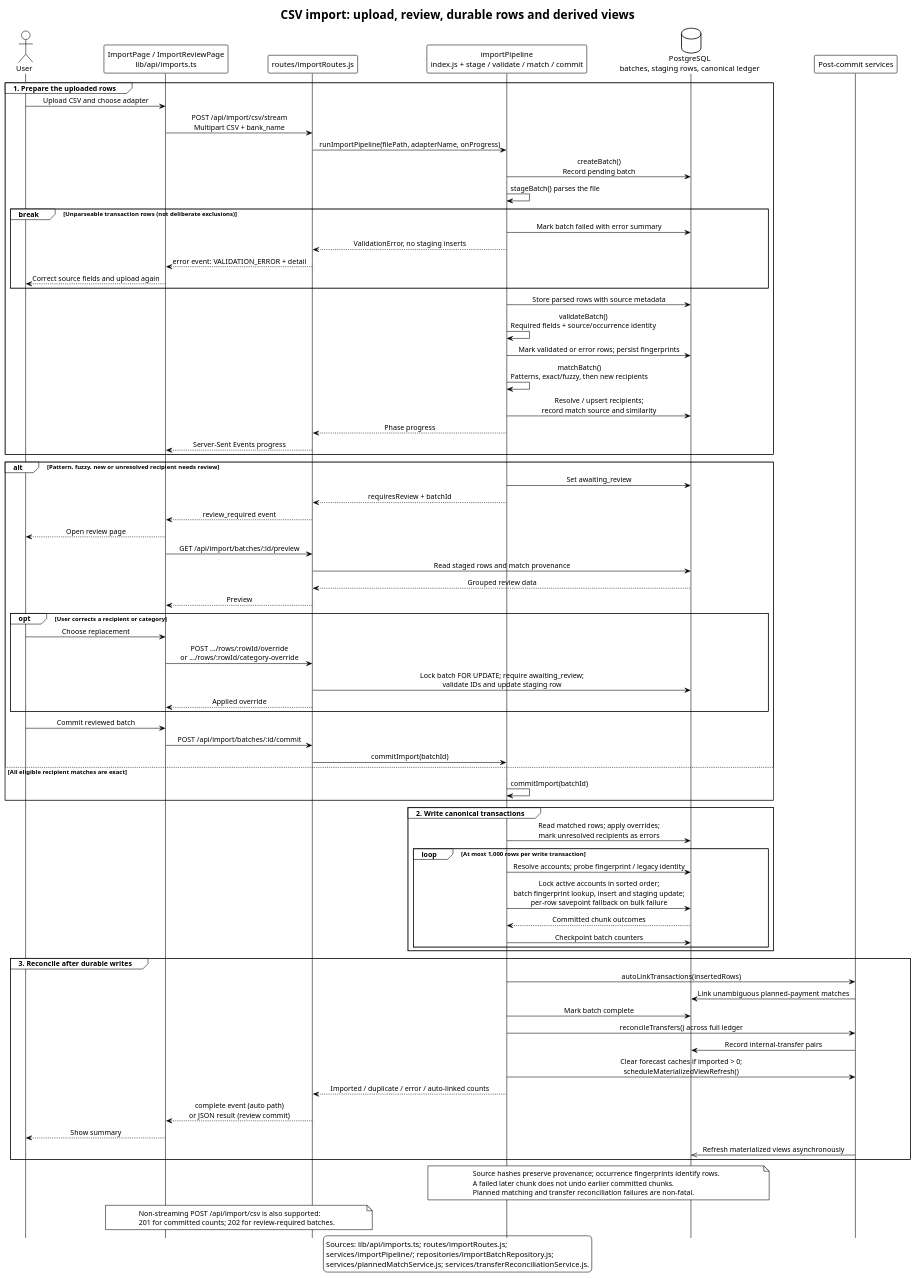
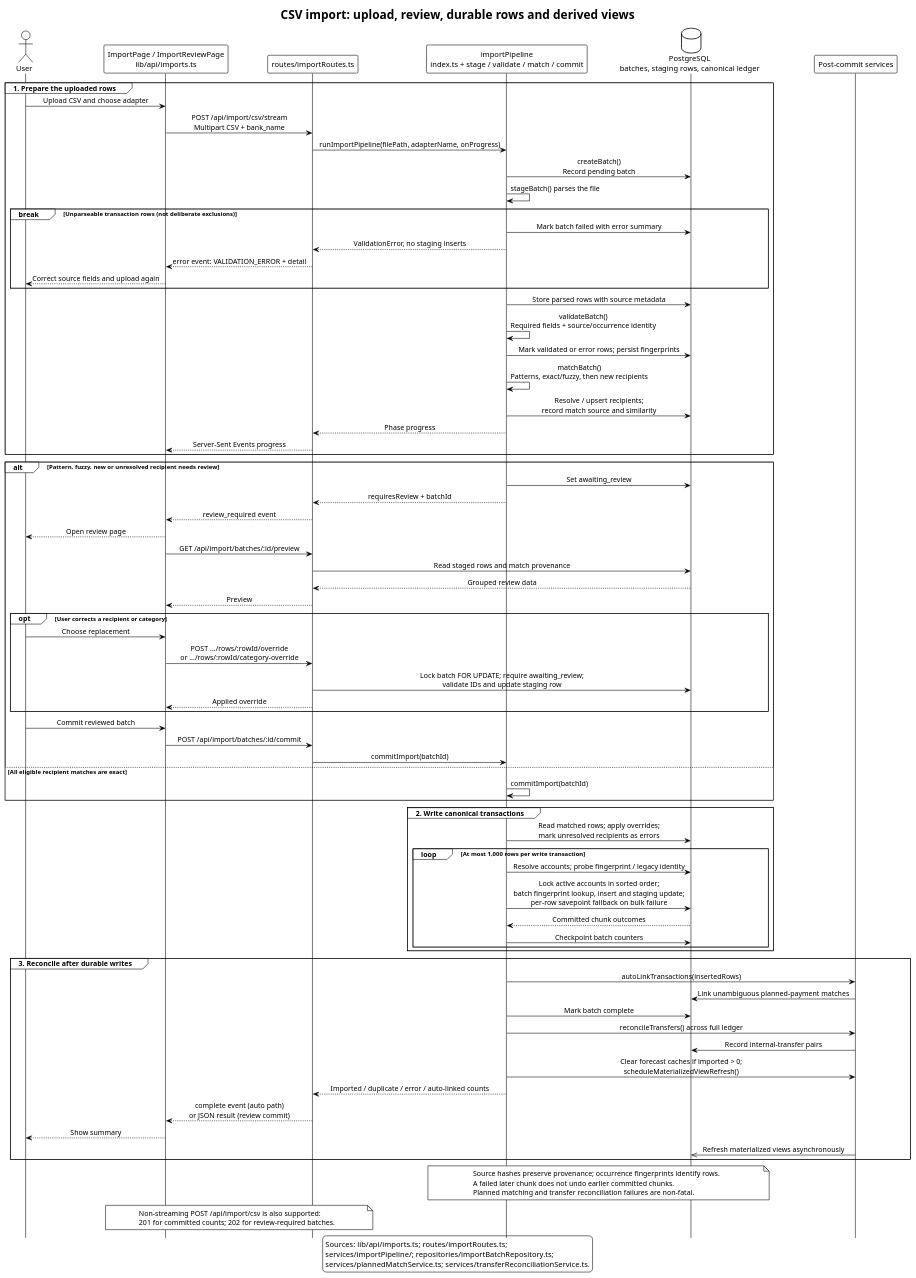
The diagram in docs/diagrams/import-sequence.puml (EraPartner/Vision), drawn with PlantUML before and after one commit. The commit also changed 105 other files, not shown here.

```diff
--- a/docs/diagrams/import-sequence.puml
+++ b/docs/diagrams/import-sequence.puml
@@ -1,99 +1,99 @@
 @startuml import-sequence
 title CSV import: upload, review, durable rows and derived views
 
 !theme plain
 hide footbox
 skinparam participantPadding 15
 skinparam sequenceMessageAlign center
 
 actor User
 participant "ImportPage / ImportReviewPage\nlib/api/imports.ts" as Frontend
-participant "routes/importRoutes.js" as Route
-participant "importPipeline\nindex.js + stage / validate / match / commit" as Pipeline
+participant "routes/importRoutes.ts" as Route
+participant "importPipeline\nindex.ts + stage / validate / match / commit" as Pipeline
 database "PostgreSQL\nbatches, staging rows, canonical ledger" as DB
 participant "Post-commit services" as Derived
 
 group 1. Prepare the uploaded rows
   User -> Frontend : Upload CSV and choose adapter
   Frontend -> Route : POST /api/import/csv/stream\nMultipart CSV + bank_name
   Route -> Pipeline : runImportPipeline(filePath, adapterName, onProgress)
   Pipeline -> DB : createBatch()\nRecord pending batch
   Pipeline -> Pipeline : stageBatch() parses the file
   break Unparseable transaction rows (not deliberate exclusions)
     Pipeline -> DB : Mark batch failed with error summary
     Pipeline --> Route : ValidationError, no staging inserts
     Route --> Frontend : error event: VALIDATION_ERROR + detail
     Frontend --> User : Correct source fields and upload again
   end
   Pipeline -> DB : Store parsed rows with source metadata
   Pipeline -> Pipeline : validateBatch()\nRequired fields + source/occurrence identity
   Pipeline -> DB : Mark validated or error rows; persist fingerprints
   Pipeline -> Pipeline : matchBatch()\nPatterns, exact/fuzzy, then new recipients
   Pipeline -> DB : Resolve / upsert recipients;\nrecord match source and similarity
   Pipeline --> Route : Phase progress
   Route --> Frontend : Server-Sent Events progress
 end
 
 alt Pattern, fuzzy, new or unresolved recipient needs review
   Pipeline -> DB : Set awaiting_review
   Pipeline --> Route : requiresReview + batchId
   Route --> Frontend : review_required event
   Frontend --> User : Open review page
   Frontend -> Route : GET /api/import/batches/:id/preview
   Route -> DB : Read staged rows and match provenance
   DB --> Route : Grouped review data
   Route --> Frontend : Preview
   opt User corrects a recipient or category
     User -> Frontend : Choose replacement
     Frontend -> Route : POST .../rows/:rowId/override\nor .../rows/:rowId/category-override
     Route -> DB : Lock batch FOR UPDATE; require awaiting_review;\nvalidate IDs and update staging row
     Route --> Frontend : Applied override
   end
   User -> Frontend : Commit reviewed batch
   Frontend -> Route : POST /api/import/batches/:id/commit
   Route -> Pipeline : commitImport(batchId)
 else All eligible recipient matches are exact
   Pipeline -> Pipeline : commitImport(batchId)
 end
 
 group 2. Write canonical transactions
   Pipeline -> DB : Read matched rows; apply overrides;\nmark unresolved recipients as errors
   loop At most 1,000 rows per write transaction
     Pipeline -> DB : Resolve accounts; probe fingerprint / legacy identity
     Pipeline -> DB : Lock active accounts in sorted order;\nbatch fingerprint lookup, insert and staging update;\nper-row savepoint fallback on bulk failure
     DB --> Pipeline : Committed chunk outcomes
     Pipeline -> DB : Checkpoint batch counters
   end
 end
 
 group 3. Reconcile after durable writes
   Pipeline -> Derived : autoLinkTransactions(insertedRows)
   Derived -> DB : Link unambiguous planned-payment matches
   Pipeline -> DB : Mark batch complete
   Pipeline -> Derived : reconcileTransfers() across full ledger
   Derived -> DB : Record internal-transfer pairs
   Pipeline -> Derived : Clear forecast caches if imported > 0;\nscheduleMaterializedViewRefresh()
   Pipeline --> Route : Imported / duplicate / error / auto-linked counts
   Route --> Frontend : complete event (auto path)\nor JSON result (review commit)
   Frontend --> User : Show summary
   Derived ->> DB : Refresh materialized views asynchronously
 end
 
 note over Pipeline, DB
   Source hashes preserve provenance; occurrence fingerprints identify rows.
   A failed later chunk does not undo earlier committed chunks.
   Planned matching and transfer reconciliation failures are non-fatal.
 end note
 
 note over Frontend, Route
   Non-streaming POST /api/import/csv is also supported:
   201 for committed counts; 202 for review-required batches.
 end note
 
 legend bottom
-  Sources: lib/api/imports.ts; routes/importRoutes.js;
-  services/importPipeline/; repositories/importBatchRepository.js;
-  services/plannedMatchService.js; services/transferReconciliationService.js.
+  Sources: lib/api/imports.ts; routes/importRoutes.ts;
+  services/importPipeline/; repositories/importBatchRepository.ts;
+  services/plannedMatchService.ts; services/transferReconciliationService.ts.
 endlegend
 
 @enduml
```
